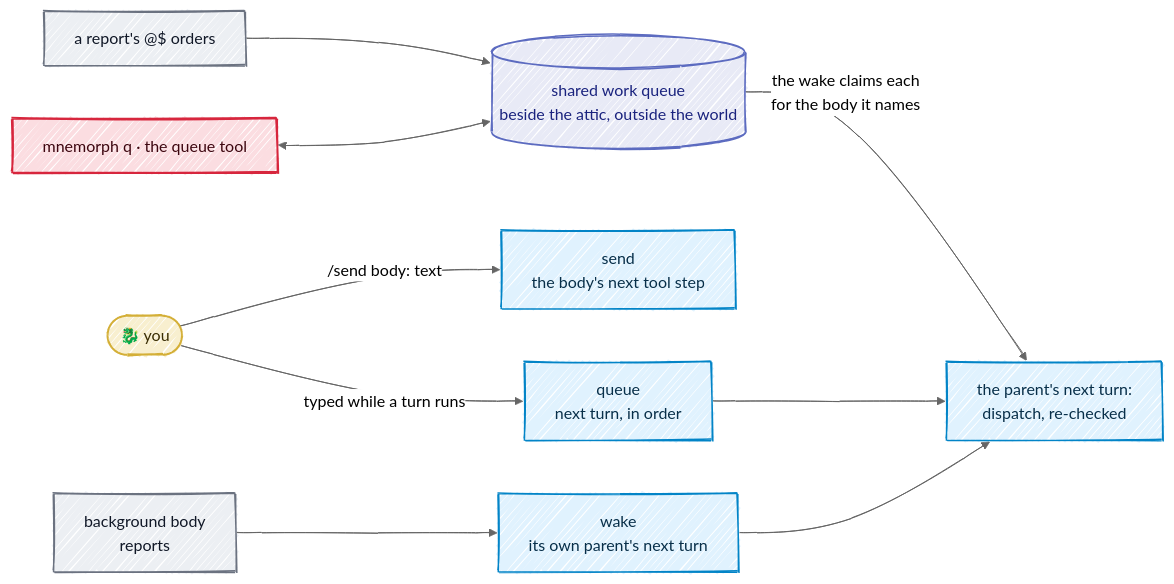
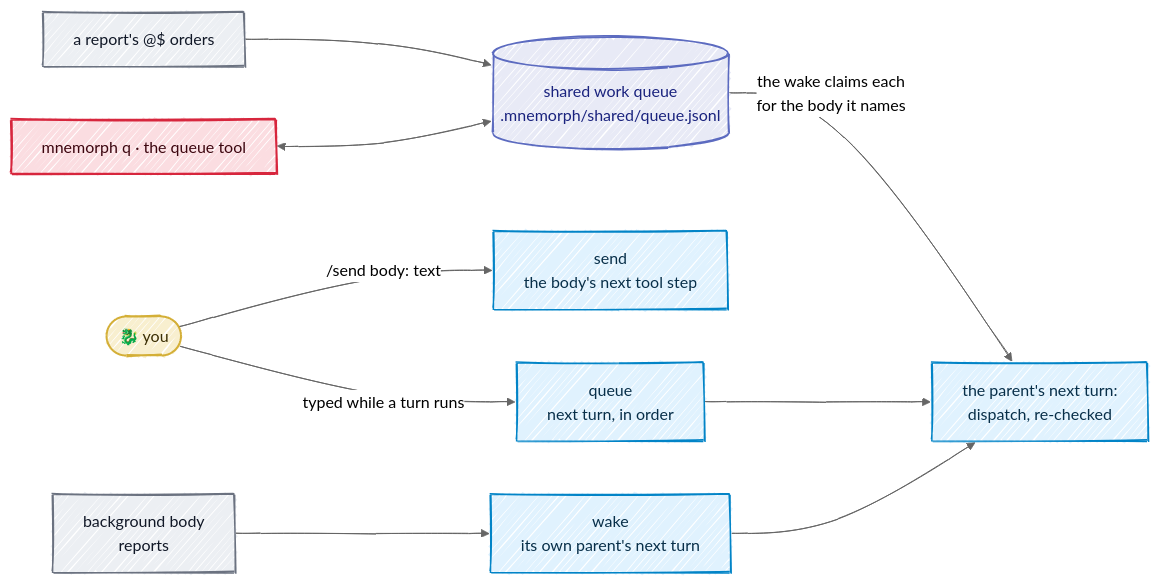
The third of 4 diagrams in docs/04-communication.md (Kaginari/mnemorph), drawn with Mermaid before and after one commit. The commit also changed other lines of this file and 11 other files, not shown here.

Commit message:
M7 queue: back in the world at .mnemorph/shared/queue.jsonl, gitignored; a witness out of reach; the tripwire puts the queue back line by line

````diff
--- a/docs/04-communication.md
+++ b/docs/04-communication.md
@@ -226,28 +226,28 @@
 ```mermaid
 ---
 config:
   look: handDrawn
   theme: neutral
   flowchart:
     wrappingWidth: 360
 ---
 flowchart LR
     H(["🐉 you"]) -->|"typed while a turn runs"| Q["queue<br/>next turn, in order"]
     H -->|"/send body: text"| S["send<br/>the body's next tool step"]
     BG["background body<br/>reports"] --> W["wake<br/>its own parent's next turn"]
-    R["a report's @$ orders"] --> SQ[("shared work queue<br/>beside the attic, outside the world")]
+    R["a report's @$ orders"] --> SQ[("shared work queue<br/>.mnemorph/shared/queue.jsonl")]
     SQ -->|"the wake claims each<br/>for the body it names"| T["the parent's next turn:<br/>dispatch, re-checked"]
     Q --> T
     W --> T
     TQ["mnemorph q · the queue tool"] <--> SQ
     classDef human fill:#f8efcf,stroke:#D4AF37,stroke-width:2px,color:#3a2e05
     class H human
     classDef step fill:#e0f2fe,stroke:#0284c7,stroke-width:1.5px,color:#082f49
     class Q,S,W,T step
     classDef outside fill:#eceff3,stroke:#6b7280,stroke-width:1.5px,color:#111827
     class BG,R outside
     classDef store fill:#e8eaf6,stroke:#5c6bc0,stroke-width:1.5px,color:#1a237e
     class SQ store
     classDef kijin fill:#fbdde1,stroke:#D7263D,stroke-width:2px,color:#3d0710
     class TQ kijin
 ```
````
